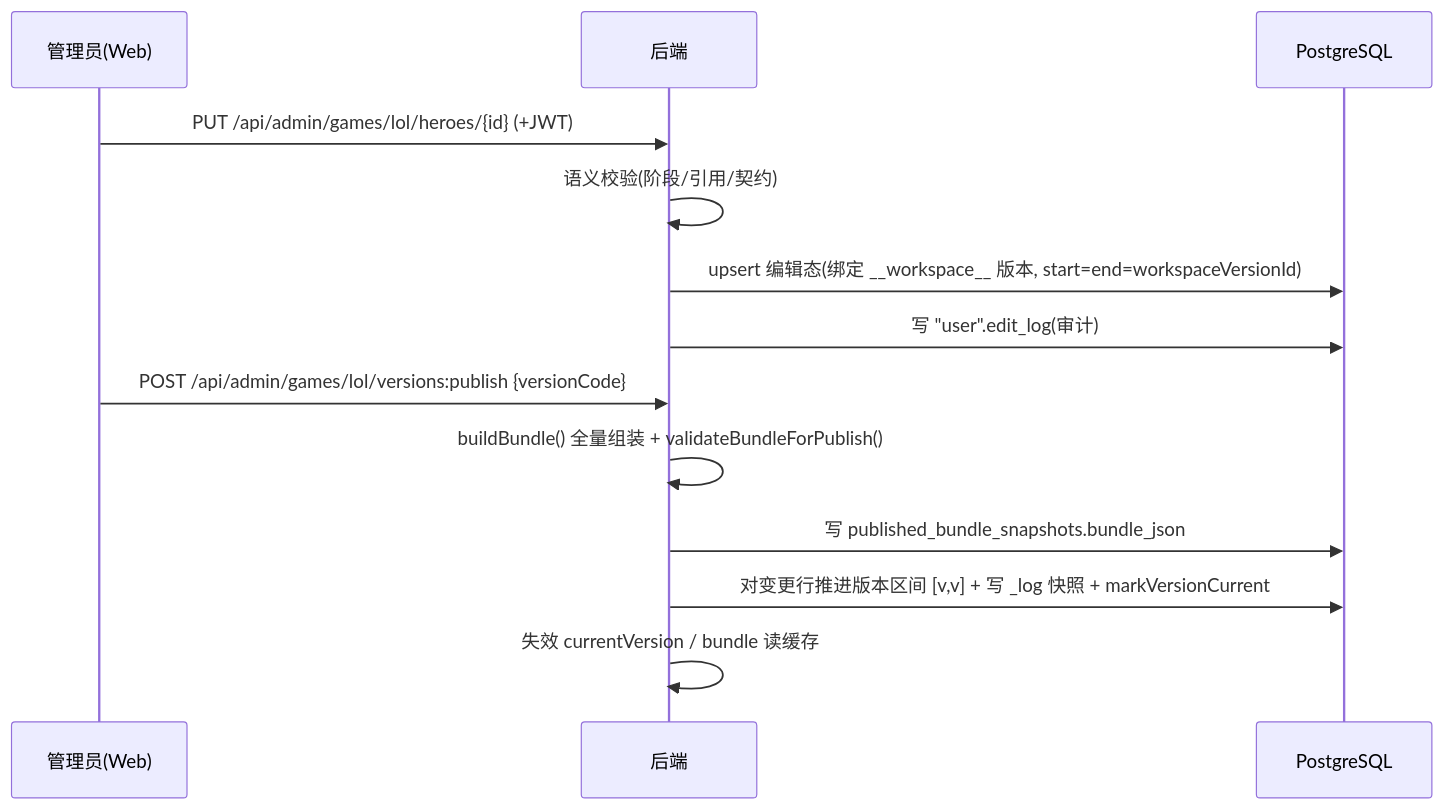
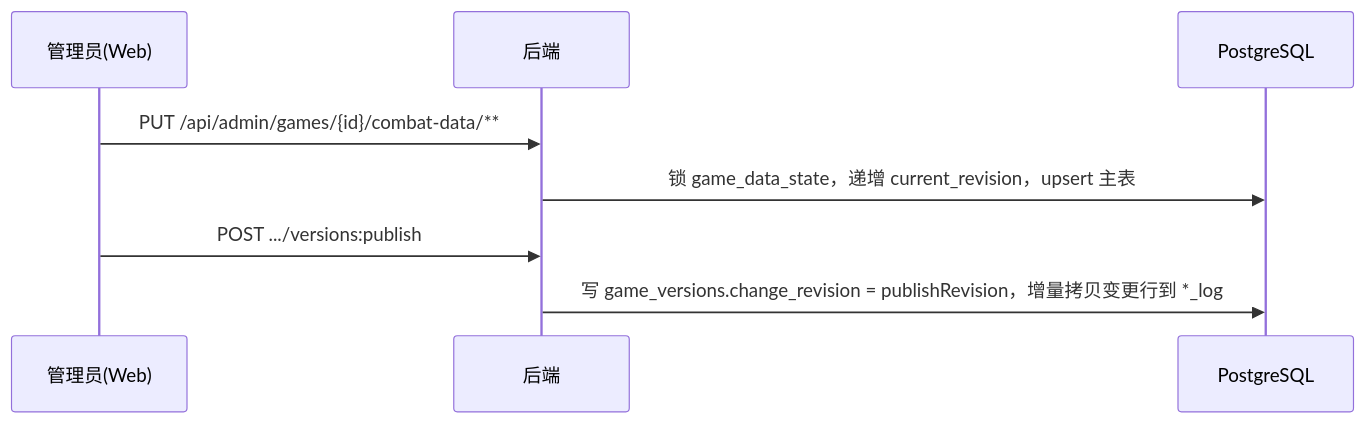
One commit to JeanbartBiubiu/damage_viewer_project_planning changed the third of 4 diagrams in 项目设计说明书/01-系统总览.md. Above: the diagram before and after it, drawn with Mermaid. The commit also changed other lines of this file and 64 other files, not shown here.

````diff
--- a/项目设计说明书/01-系统总览.md
+++ b/项目设计说明书/01-系统总览.md
@@ -185,15 +139,10 @@
 ```mermaid
 sequenceDiagram
   participant A as 管理员(Web)
   participant S as 后端
   participant DB as PostgreSQL
-  A->>S: PUT /api/admin/games/lol/heroes/{id} (+JWT)
-  S->>S: 语义校验(阶段/引用/契约)
-  S->>DB: upsert 编辑态(绑定 __workspace__ 版本, start=end=workspaceVersionId)
-  S->>DB: 写 "user".edit_log(审计)
-  A->>S: POST /api/admin/games/lol/versions:publish {versionCode}
-  S->>S: buildBundle() 全量组装 + validateBundleForPublish()
-  S->>DB: 写 published_bundle_snapshots.bundle_json
-  S->>DB: 对变更行推进版本区间 [v,v] + 写 _log 快照 + markVersionCurrent
-  S->>S: 失效 currentVersion / bundle 读缓存
+  A->>S: PUT /api/admin/games/{id}/combat-data/**
+  S->>DB: 锁 game_data_state，递增 current_revision，upsert 主表
+  A->>S: POST .../versions:publish
+  S->>DB: 写 game_versions.change_revision = publishRevision，增量拷贝变更行到 *_log
 ```
````
